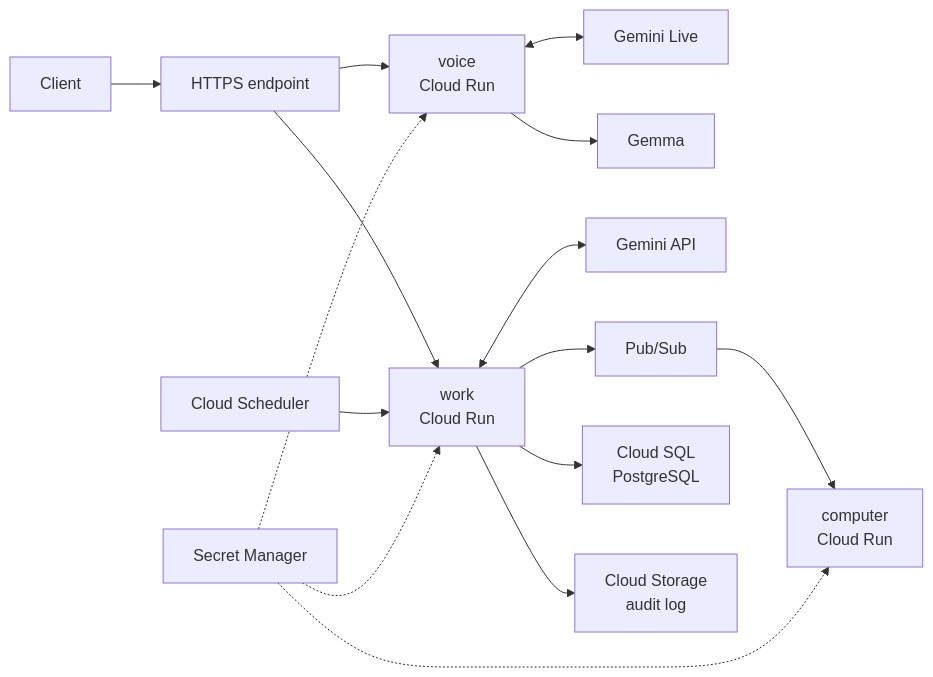
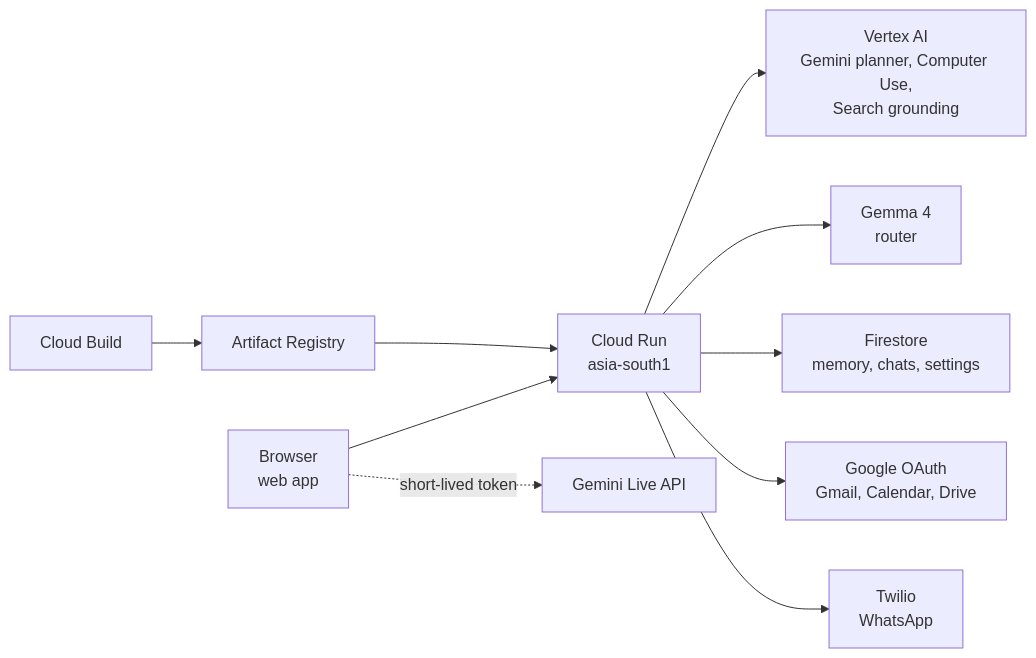
One commit to amaancoderx/JarvisAI changed the diagram in docs/google-cloud.md. Above: the diagram before and after it, drawn with Mermaid. The commit also changed other lines of this file and 16 other files, not shown here.

Commit message:
README and docs match the live edition: Vertex AI, Computer Use, Firestore, Drive, browser tab, demo video and final deck

````diff
--- a/docs/google-cloud.md
+++ b/docs/google-cloud.md
@@ -9,17 +9,11 @@
 ```mermaid
 flowchart LR
-    C["Client"] --> LB["HTTPS endpoint"]
-    LB --> VO["voice<br/>Cloud Run"]
-    LB --> WO["work<br/>Cloud Run"]
-    VO <--> GL["Gemini Live"]
-    VO --> GE["Gemma"]
-    WO <--> GA["Gemini API"]
-    WO --> PS["Pub/Sub"]
-    PS --> CO["computer<br/>Cloud Run"]
-    WO --> SQL["Cloud SQL<br/>PostgreSQL"]
-    WO --> GCS["Cloud Storage<br/>audit log"]
-    SCH["Cloud Scheduler"] --> WO
-    SM["Secret Manager"] -.-> VO
-    SM -.-> WO
-    SM -.-> CO
+    B["Browser<br/>web app"] --> CR["Cloud Run<br/>asia-south1"]
+    B -. "short-lived token" .-> GL["Gemini Live API"]
+    CR --> VX["Vertex AI<br/>Gemini planner, Computer Use,<br/>Search grounding"]
+    CR --> GM["Gemma 4<br/>router"]
+    CR --> FS["Firestore<br/>memory, chats, settings"]
+    CR --> OA["Google OAuth<br/>Gmail, Calendar, Drive"]
+    CR --> TW["Twilio<br/>WhatsApp"]
+    CB["Cloud Build"] --> AR["Artifact Registry"] --> CR
 ```
````
